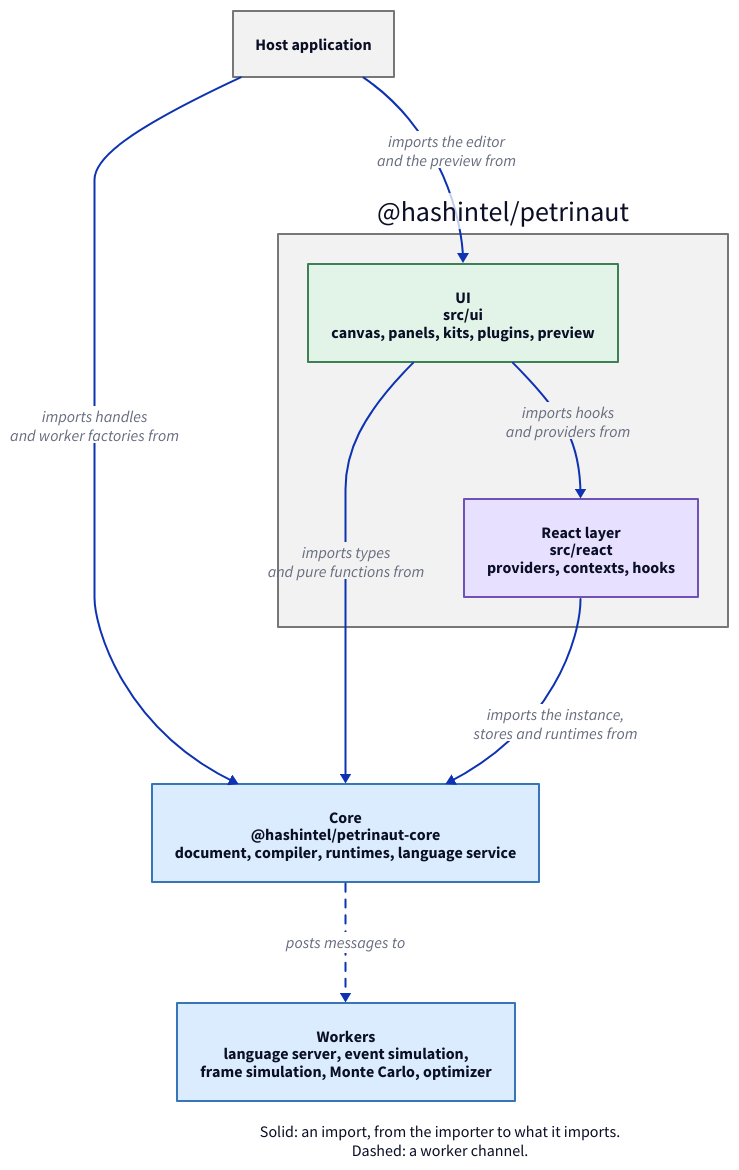
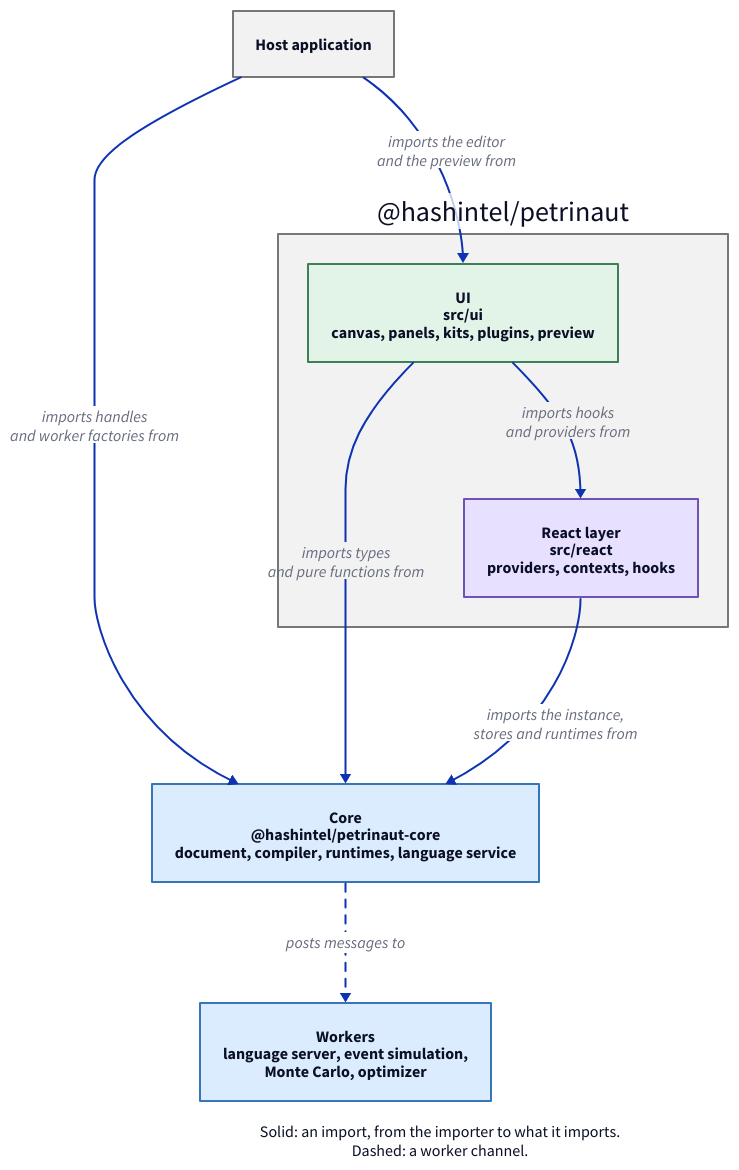
The diagram in apps/petrinaut-docs/content/diagrams/building-blocks.d2 (hashintel/hash), drawn with D2 before and after one commit. The commit also changed 4 other files, not shown here.

```diff
--- a/apps/petrinaut-docs/content/diagrams/building-blocks.d2
+++ b/apps/petrinaut-docs/content/diagrams/building-blocks.d2
@@ -1,34 +1,34 @@
 # Hand-written; rendered by the arch-docs build. The colours are those of the
 # generated diagrams: green for the UI layer, purple for the React layer, blue
 # for Core, grey for the host.
 direction: down
 
 classes: {
   ui: {style.fill: "#e2f4e8"; style.stroke: "#3d8055"}
   react: {style.fill: "#e8e0ff"; style.stroke: "#7051b5"}
   core: {style.fill: "#dcecff"; style.stroke: "#3676b8"}
   other: {style.fill: "#f2f2f2"; style.stroke: "#777777"}
 }
 
 host: "Host application" {class: other}
 
 petrinaut: "@hashintel/petrinaut" {
   class: other
   ui: "UI\nsrc/ui\ncanvas, panels, kits, plugins, preview" {class: ui}
   react: "React layer\nsrc/react\nproviders, contexts, hooks" {class: react}
 }
 
 core: "Core\n@hashintel/petrinaut-core\ndocument, compiler, runtimes, language service" {class: core}
-workers: "Workers\nlanguage server, event simulation,\nframe simulation, Monte Carlo, optimizer" {class: core}
+workers: "Workers\nlanguage server, event simulation,\nMonte Carlo, optimizer" {class: core}
 
 host -> petrinaut.ui: "imports the editor\nand the preview from"
 host -> core: "imports handles\nand worker factories from"
 petrinaut.ui -> petrinaut.react: "imports hooks\nand providers from"
 petrinaut.ui -> core: "imports types\nand pure functions from"
 petrinaut.react -> core: "imports the instance,\nstores and runtimes from"
 core -> workers: "posts messages to" {style.stroke-dash: 4}
 
 legend: "Solid: an import, from the importer to what it imports.\nDashed: a worker channel." {
   shape: text
   near: bottom-center
 }
```
